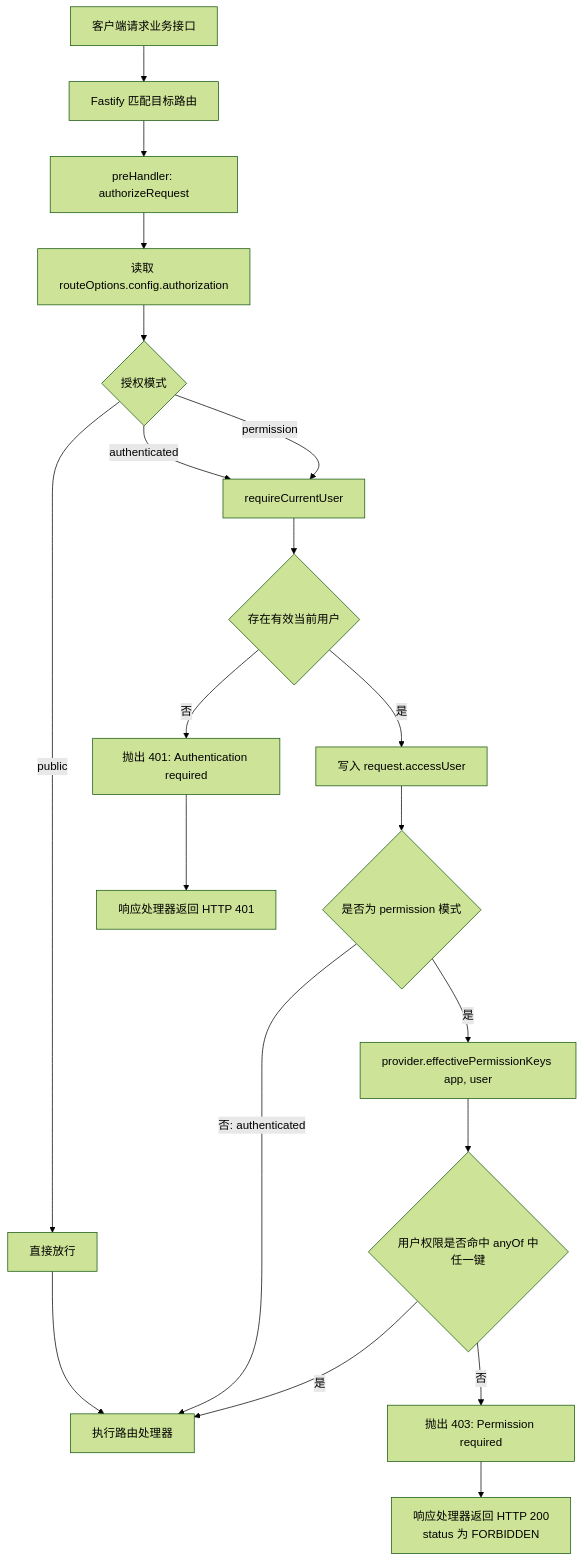
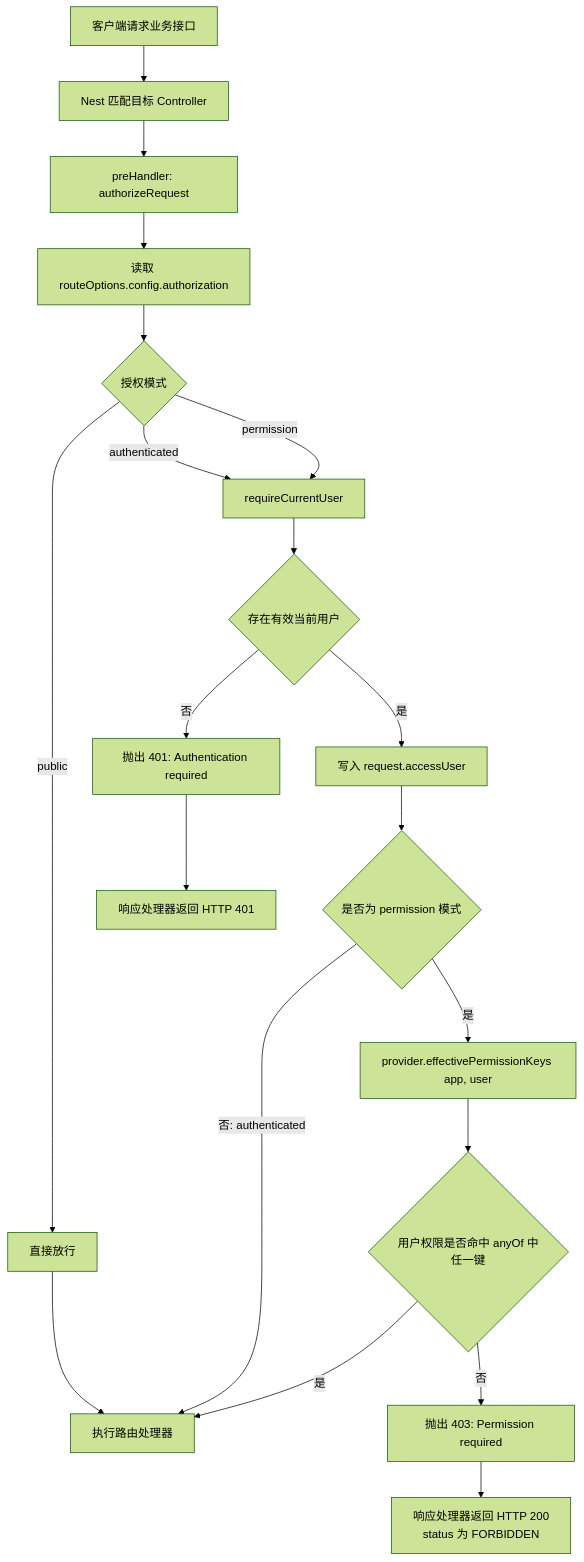
One commit to tanghaojie/Cyber-Sight changed the diagram in docs/design/modules/authorization.md. Above: the diagram before and after it, drawn with Mermaid (forest theme). The commit also changed other lines of this file and 93 other files, not shown here.

````diff
--- a/docs/design/modules/authorization.md
+++ b/docs/design/modules/authorization.md
@@ -73,25 +73,25 @@
 ```mermaid
 flowchart TD
-    A[客户端请求业务接口] --> B[Fastify 匹配目标路由]
+    A[客户端请求业务接口] --> B[Nest 匹配目标 Controller]
     B --> C[preHandler: authorizeRequest]
     C --> D[读取 routeOptions.config.authorization]
     D --> E{授权模式}
 
     E -->|public| F[直接放行]
     F --> N[执行路由处理器]
 
     E -->|authenticated| G[requireCurrentUser]
     E -->|permission| G
     G --> H{存在有效当前用户}
     H -->|否| I[抛出 401: Authentication required]
     H -->|是| J[写入 request.accessUser]
 
     J --> K{是否为 permission 模式}
     K -->|否: authenticated| N
     K -->|是| L[provider.effectivePermissionKeys app, user]
     L --> M{用户权限是否命中 anyOf 中任一键}
     M -->|否| O[抛出 403: Permission required]
     M -->|是| N
     I --> P[响应处理器返回 HTTP 401]
     O --> Q[响应处理器返回 HTTP 200<br/>status 为 FORBIDDEN]
 ```
````
